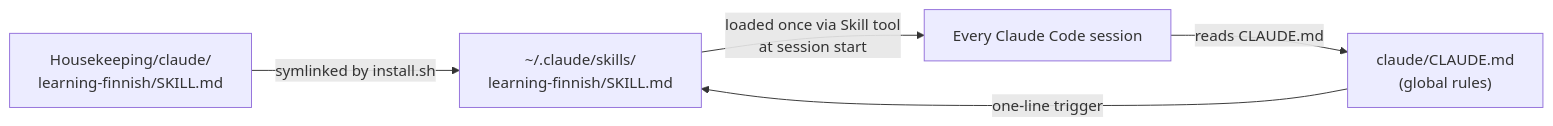
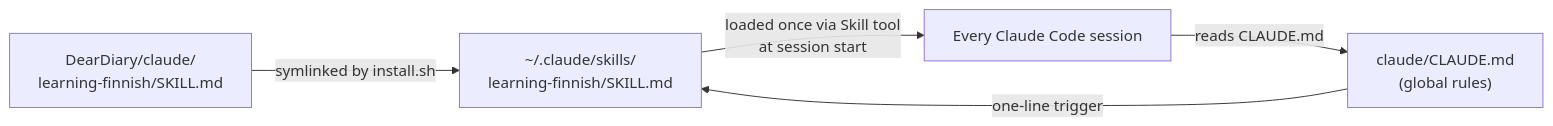
Before and after one commit to 0tist/DearDiary: the diagram in docs/superpowers/specs/2026-05-07-learning-finnish-design.md, drawn with Mermaid. The commit also changed 11 other files, not shown here.

First line of the commit message:
rename: Housekeeping → DearDiary across the repo

````diff
--- a/docs/superpowers/specs/2026-05-07-learning-finnish-design.md
+++ b/docs/superpowers/specs/2026-05-07-learning-finnish-design.md
@@ -106,7 +106,7 @@
 ```mermaid +render
 flowchart LR
-  Repo["Housekeeping/claude/<br/>learning-finnish/SKILL.md"] -->|symlinked by install.sh| Global["~/.claude/skills/<br/>learning-finnish/SKILL.md"]
+  Repo["DearDiary/claude/<br/>learning-finnish/SKILL.md"] -->|symlinked by install.sh| Global["~/.claude/skills/<br/>learning-finnish/SKILL.md"]
   CLAUDE["claude/CLAUDE.md<br/>(global rules)"] -->|one-line trigger| Global
   Session["Every Claude Code session"] -->|reads CLAUDE.md| CLAUDE
   Global -->|loaded once via Skill tool<br/>at session start| Session
 ```
````
